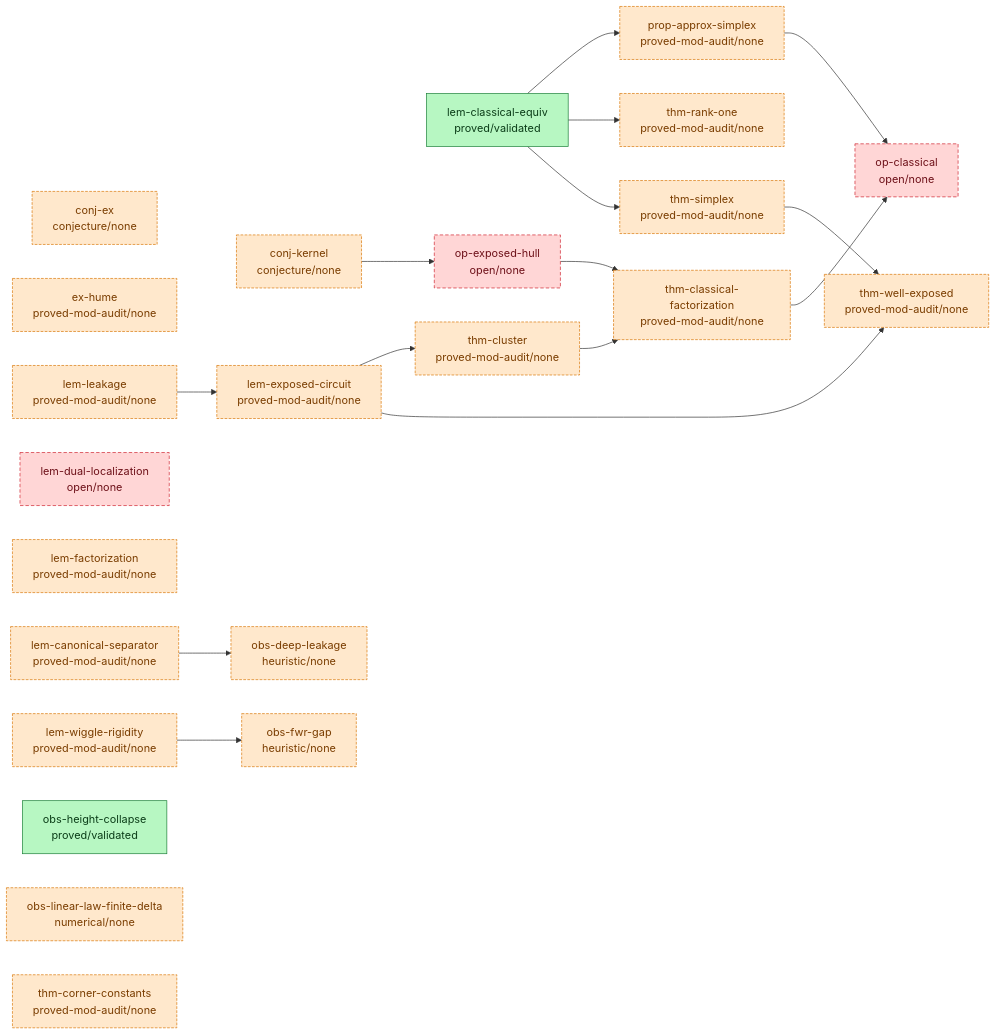
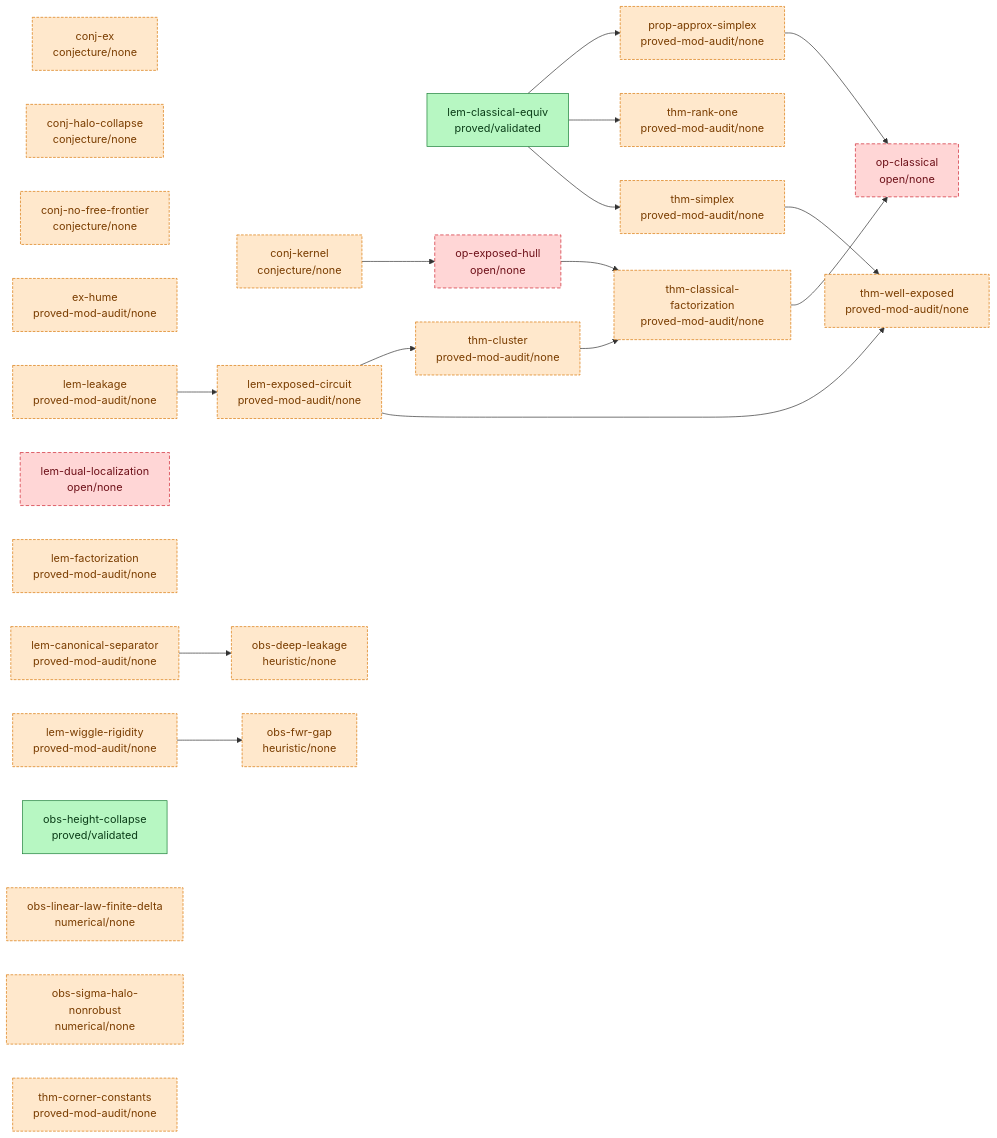
One commit to tobiasosborne/almost-idempotent-stochastic-maps changed the diagram in argument/DAG.md. Above: the diagram before and after it, drawn with Mermaid. The commit also changed other lines of this file and 17 other files, not shown here.

````diff
--- a/argument/DAG.md
+++ b/argument/DAG.md
@@ -6,50 +6,53 @@
 ```mermaid
 graph LR
   classDef validated fill:#b7f7c2,stroke:#1a7f37,color:#0b3d18;
   classDef proved fill:#cfe3ff,stroke:#0969da,color:#0a3069;
   classDef seeded fill:#fff3c4,stroke:#bf8700,color:#5a4500;
   classDef stated fill:#eaecef,stroke:#8b949e,color:#24292f;
   classDef cited fill:#e7d6ff,stroke:#8250df,color:#3b1a73;
   classDef nonrigorous fill:#ffe8cc,stroke:#d97706,color:#7a3d00,stroke-dasharray:4 2;
   classDef open fill:#ffd6d6,stroke:#cf222e,color:#6e1119,stroke-dasharray:5 3;
   conj-ex["conj-ex<br/>conjecture/none"]
+  conj-halo-collapse["conj-halo-collapse<br/>conjecture/none"]
   conj-kernel["conj-kernel<br/>conjecture/none"]
+  conj-no-free-frontier["conj-no-free-frontier<br/>conjecture/none"]
   ex-hume["ex-hume<br/>proved-mod-audit/none"]
   lem-canonical-separator["lem-canonical-separator<br/>proved-mod-audit/none"]
   lem-classical-equiv["lem-classical-equiv<br/>proved/validated"]
   lem-dual-localization["lem-dual-localization<br/>open/none"]
   lem-exposed-circuit["lem-exposed-circuit<br/>proved-mod-audit/none"]
   lem-factorization["lem-factorization<br/>proved-mod-audit/none"]
   lem-leakage["lem-leakage<br/>proved-mod-audit/none"]
   lem-wiggle-rigidity["lem-wiggle-rigidity<br/>proved-mod-audit/none"]
   obs-deep-leakage["obs-deep-leakage<br/>heuristic/none"]
   obs-fwr-gap["obs-fwr-gap<br/>heuristic/none"]
   obs-height-collapse["obs-height-collapse<br/>proved/validated"]
   obs-linear-law-finite-delta["obs-linear-law-finite-delta<br/>numerical/none"]
+  obs-sigma-halo-nonrobust["obs-sigma-halo-nonrobust<br/>numerical/none"]
   op-classical["op-classical<br/>open/none"]
   op-exposed-hull["op-exposed-hull<br/>open/none"]
   prop-approx-simplex["prop-approx-simplex<br/>proved-mod-audit/none"]
   thm-classical-factorization["thm-classical-factorization<br/>proved-mod-audit/none"]
   thm-cluster["thm-cluster<br/>proved-mod-audit/none"]
   thm-corner-constants["thm-corner-constants<br/>proved-mod-audit/none"]
   thm-rank-one["thm-rank-one<br/>proved-mod-audit/none"]
   thm-simplex["thm-simplex<br/>proved-mod-audit/none"]
   thm-well-exposed["thm-well-exposed<br/>proved-mod-audit/none"]
   conj-kernel --> op-exposed-hull
   lem-canonical-separator --> obs-deep-leakage
   lem-classical-equiv --> prop-approx-simplex
   lem-classical-equiv --> thm-rank-one
   lem-classical-equiv --> thm-simplex
   lem-exposed-circuit --> thm-cluster
   lem-exposed-circuit --> thm-well-exposed
   lem-leakage --> lem-exposed-circuit
   lem-wiggle-rigidity --> obs-fwr-gap
   op-exposed-hull --> thm-classical-factorization
   prop-approx-simplex --> op-classical
   thm-classical-factorization --> op-classical
   thm-cluster --> thm-classical-factorization
   thm-simplex --> thm-well-exposed
   class lem-classical-equiv,obs-height-collapse validated;
-  class conj-ex,conj-kernel,ex-hume,lem-canonical-separator,lem-exposed-circuit,lem-factorization,lem-leakage,lem-wiggle-rigidity,obs-deep-leakage,obs-fwr-gap,obs-linear-law-finite-delta,prop-approx-simplex,thm-classical-factorization,thm-cluster,thm-corner-constants,thm-rank-one,thm-simplex,thm-well-exposed nonrigorous;
+  class conj-ex,conj-halo-collapse,conj-kernel,conj-no-free-frontier,ex-hume,lem-canonical-separator,lem-exposed-circuit,lem-factorization,lem-leakage,lem-wiggle-rigidity,obs-deep-leakage,obs-fwr-gap,obs-linear-law-finite-delta,obs-sigma-halo-nonrobust,prop-approx-simplex,thm-classical-factorization,thm-cluster,thm-corner-constants,thm-rank-one,thm-simplex,thm-well-exposed nonrigorous;
   class lem-dual-localization,op-classical,op-exposed-hull open;
 ```
````
